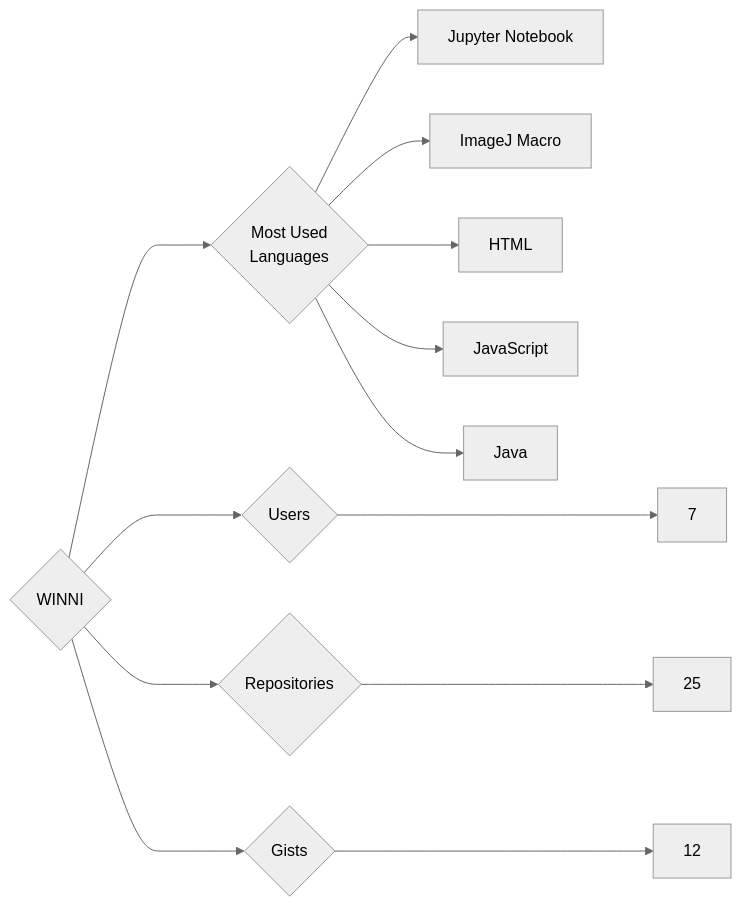
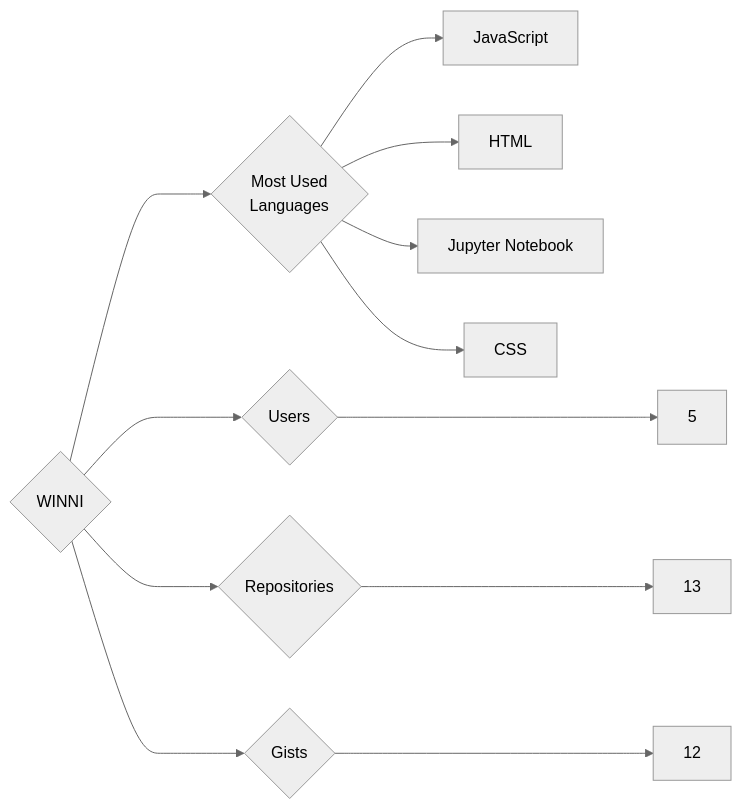
Before and after one commit to trickest/insiders: the diagram in targets/WINNI/README.md, drawn with Mermaid (neutral theme). The commit also changed 877 other files, not shown here.

````diff
--- a/targets/WINNI/README.md
+++ b/targets/WINNI/README.md
@@ -3,13 +3,12 @@
 ```mermaid
 graph LR
 COMPANY_NAME{WINNI}
-COMPANY_NAME ---> U{Users} ---> UN[7]
-COMPANY_NAME ---> R{Repositories} ---> RN[25]
+COMPANY_NAME ---> U{Users} ---> UN[5]
+COMPANY_NAME ---> R{Repositories} ---> RN[13]
 COMPANY_NAME ---> G{Gists} ---> GN[12]
 COMPANY_NAME ---> ML{Most Used<br>Languages}
+ML --> JavaScript[JavaScript]
+ML --> HTML[HTML]
 ML --> Jupyter_Notebook[Jupyter Notebook]
-ML --> ImageJ_Macro[ImageJ Macro]
-ML --> HTML[HTML]
-ML --> JavaScript[JavaScript]
-ML --> Java[Java]
+ML --> CSS[CSS]
 ```
````
